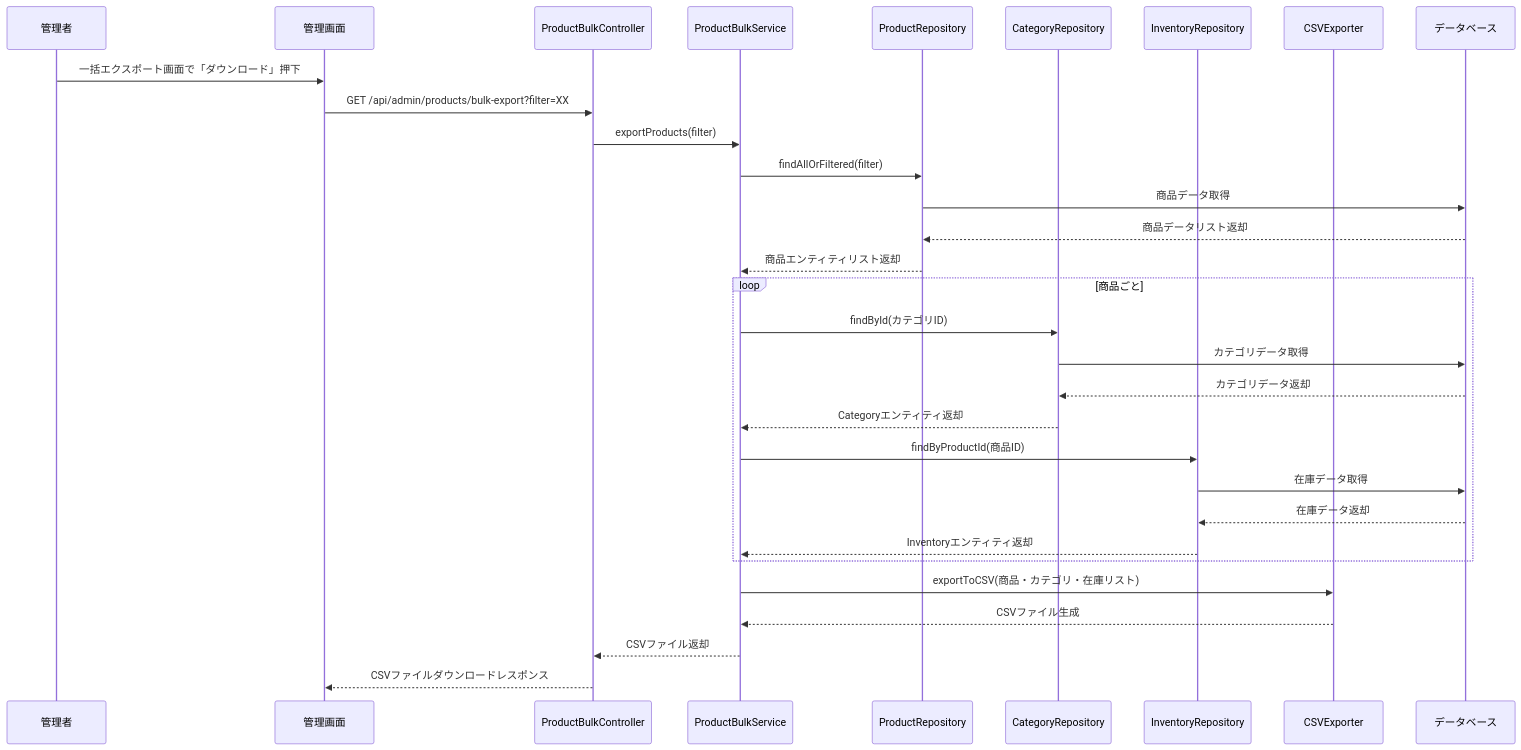
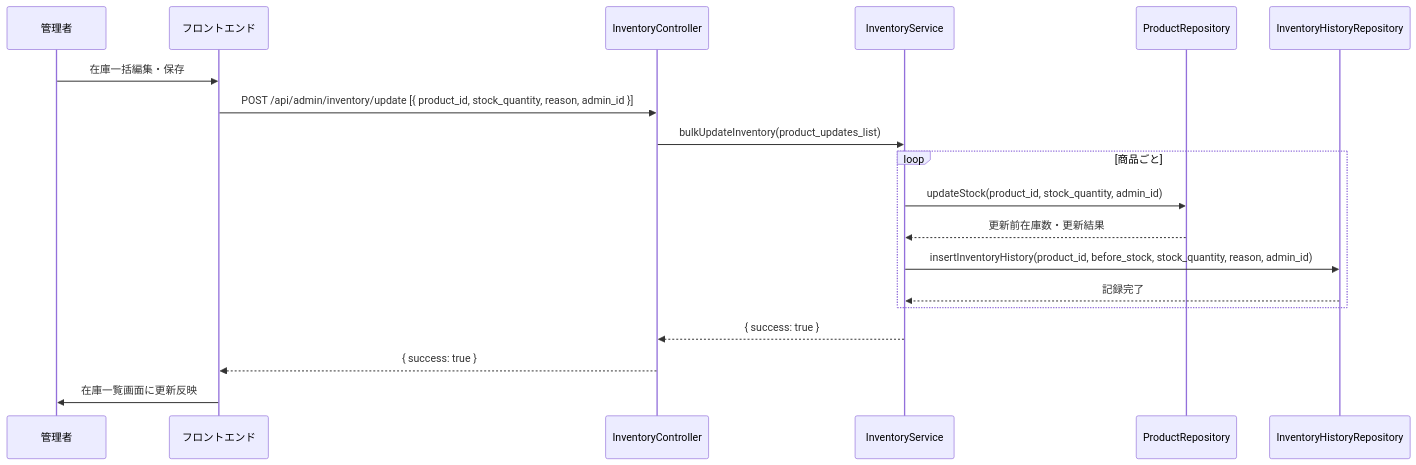
One commit to Aoi-Yaegashi/teamF changed diagram 27 of 39 in 詳細設計/担当B_村田/3.2 機能詳細.md. Above: the diagram before and after it, drawn with Mermaid. The commit also changed other lines of this file and 1 other file, not shown here.

```diff
--- a/詳細設計/担当B_村田/3.2 機能詳細.md
+++ b/詳細設計/担当B_村田/3.2 機能詳細.md
@@ -934,37 +1050,37 @@
    <div class="mermaid">
    sequenceDiagram
-    participant AdminUser as 管理者
-    participant AdminBrowser as 管理画面
-    participant ProductBulkController as ProductBulkController
-    participant ProductBulkService as ProductBulkService
-    participant ProductRepo as ProductRepository
-    participant CategoryRepo as CategoryRepository
-    participant InventoryRepo as InventoryRepository
-    participant CSVExporter as CSVExporter
-    participant DB as データベース
+    participant Admin as 管理者
+    participant FE as フロントエンド
+    participant InvC as InventoryController
+    participant InvS as InventoryService
+    participant ProdRepo as ProductRepository
+    participant InvHistRepo as InventoryHistoryRepository
 
-    AdminUser->>AdminBrowser: 一括エクスポート画面で「ダウンロード」押下
-    AdminBrowser->>ProductBulkController: GET /api/admin/products/bulk-export?filter=XX
-    ProductBulkController->>ProductBulkService: exportProducts(filter)
-    ProductBulkService->>ProductRepo: findAllOrFiltered(filter)
-    ProductRepo->>DB: 商品データ取得
-    DB-->>ProductRepo: 商品データリスト返却
-    ProductRepo-->>ProductBulkService: 商品エンティティリスト返却
+    %% 1. 管理者が在庫一括更新画面で在庫数を編集・保存
+    Admin->>FE: 在庫一括編集・保存
 
+    %% 2. フロントエンドがAPI呼び出し
+    FE->>InvC: POST /api/admin/inventory/update [{ product_id, stock_quantity, reason, admin_id }]
+
+    %% 3. コントローラがサービスに処理を依頼
+    InvC->>InvS: bulkUpdateInventory(product_updates_list)
+
+    %% 4. サービスが各商品ごとに在庫数を更新
     loop 商品ごと
-        ProductBulkService->>CategoryRepo: findById(カテゴリID)
-        CategoryRepo->>DB: カテゴリデータ取得
-        DB-->>CategoryRepo: カテゴリデータ返却
-        CategoryRepo-->>ProductBulkService: Categoryエンティティ返却
+        InvS->>ProdRepo: updateStock(product_id, stock_quantity, admin_id)
+        ProdRepo-->>InvS: 更新前在庫数・更新結果
 
-        ProductBulkService->>InventoryRepo: findByProductId(商品ID)
-        InventoryRepo->>DB: 在庫データ取得
-        DB-->>InventoryRepo: 在庫データ返却
-        InventoryRepo-->>ProductBulkService: Inventoryエンティティ返却
+        %% 5. サービスが在庫履歴を記録
+        InvS->>InvHistRepo: insertInventoryHistory(product_id, before_stock, stock_quantity, reason, admin_id)
+        InvHistRepo-->>InvS: 記録完了
     end
 
-    ProductBulkService->>CSVExporter: exportToCSV(商品・カテゴリ・在庫リスト)
-    CSVExporter-->>ProductBulkService: CSVファイル生成
-    ProductBulkService-->>ProductBulkController: CSVファイル返却
-    ProductBulkController-->>AdminBrowser: CSVファイルダウンロードレスポンス
+    %% 6. サービスがコントローラに返却
+    InvS-->>InvC: { success: true }
+
+    %% 7. コントローラがフロントエンドに返却
+    InvC-->>FE: { success: true }
+
+    %% 8. フロントエンドが画面に更新反映
+    FE->>Admin: 在庫一覧画面に更新反映
 </div>
```
